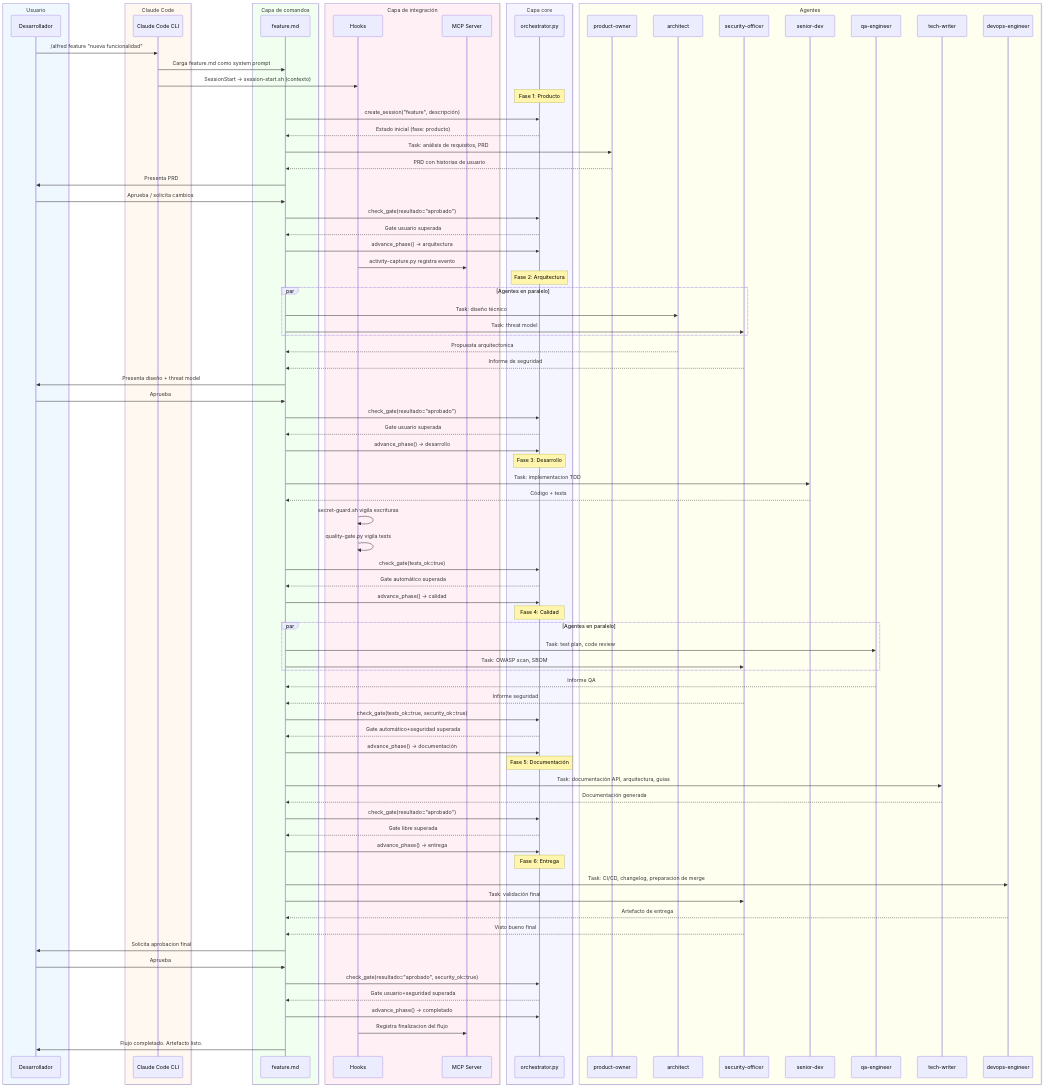
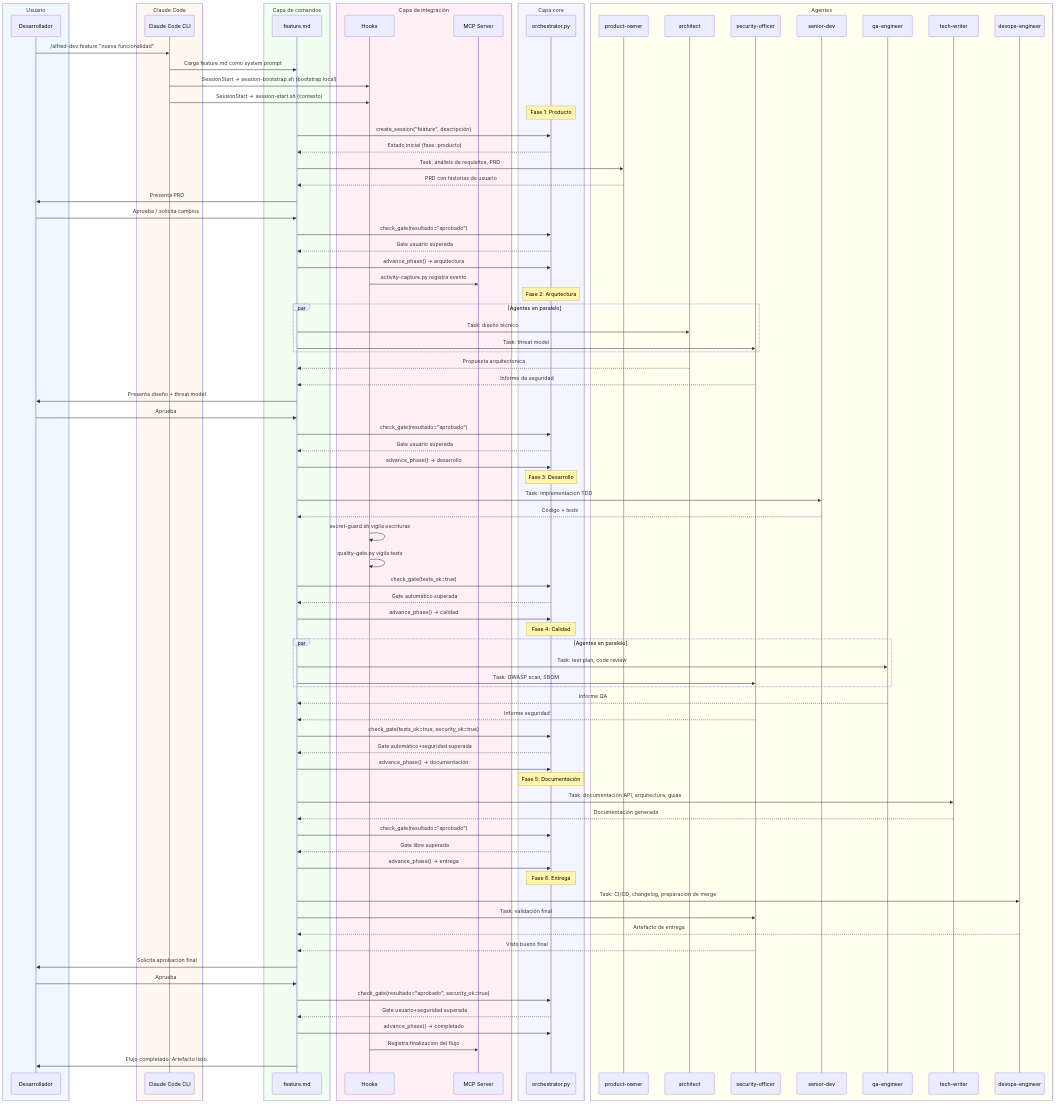
One commit to 686f6c61/alfred-dev changed the second of 3 diagrams in docs/architecture.md. Above: the diagram before and after it, drawn with Mermaid. The commit also changed other lines of this file and 85 other files, not shown here.

```diff
--- a/docs/architecture.md
+++ b/docs/architecture.md
@@ -184,8 +198,9 @@
         participant DO as devops-engineer
     end
 
-    U->>CC: /alfred feature "nueva funcionalidad"
+    U->>CC: /alfred-dev:feature "nueva funcionalidad"
     CC->>CMD: Carga feature.md como system prompt
+    CC->>HK: SessionStart -> session-bootstrap.sh (bootstrap local)
     CC->>HK: SessionStart -> session-start.sh (contexto)
 
     Note over ORC: Fase 1: Producto
```
